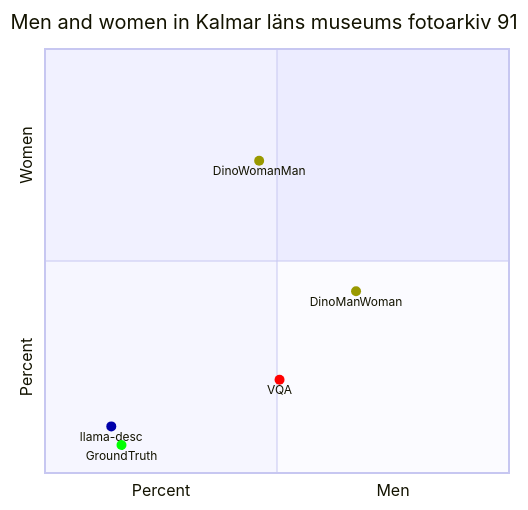
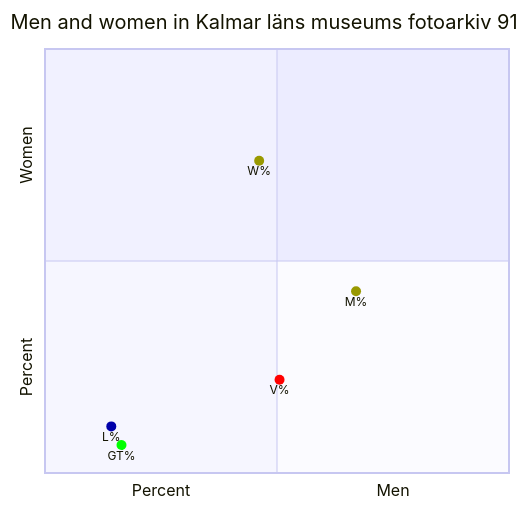
Before and after one commit to Modern36/tropes_1500: the seventh of 11 diagrams in browser/scatter.md, drawn with Mermaid. The commit also changed other lines of this file and 1 other file, not shown here.

````diff
--- a/browser/scatter.md
+++ b/browser/scatter.md
@@ -111,12 +108,12 @@
 ```mermaid
 quadrantChart
     title Men and women in Kalmar läns museums fotoarkiv 91
     x-axis Percent --> Men
     y-axis Percent --> Women
-    DinoManWoman: [0.6703296703296703, 0.42857142857142855] color: #999900
-    DinoWomanMan: [0.46153846153846156, 0.7362637362637363] color: #999900
-    GroundTruth: [0.16483516483516483, 0.06593406593406594] color: #00FF00
-    VQA: [0.5054945054945055, 0.21978021978021978] color: #FF0000
-    llama-desc: [0.14285714285714285, 0.10989010989010989] color: #0000AA
+    M%: [0.6703296703296703, 0.42857142857142855] color: #999900
+    W%: [0.46153846153846156, 0.7362637362637363] color: #999900
+    GT%: [0.16483516483516483, 0.06593406593406594] color: #00FF00
+    V%: [0.5054945054945055, 0.21978021978021978] color: #FF0000
+    L%: [0.14285714285714285, 0.10989010989010989] color: #0000AA
 
 ```
````
